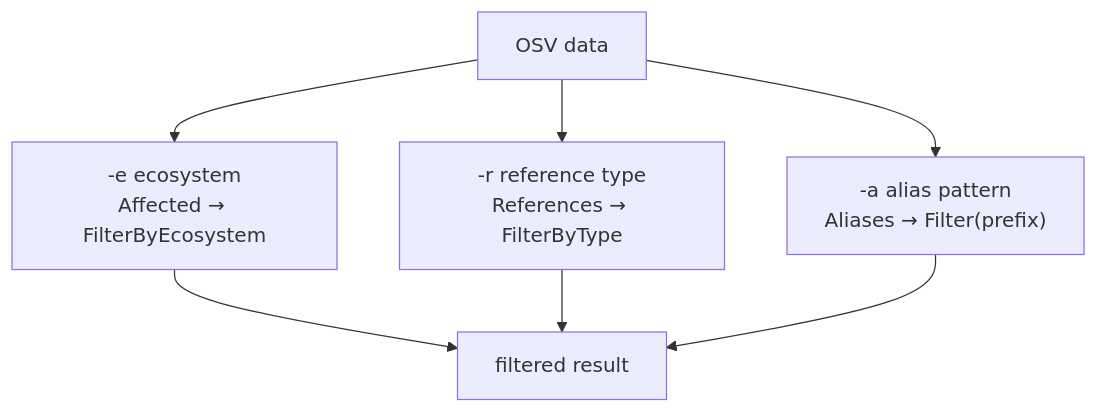
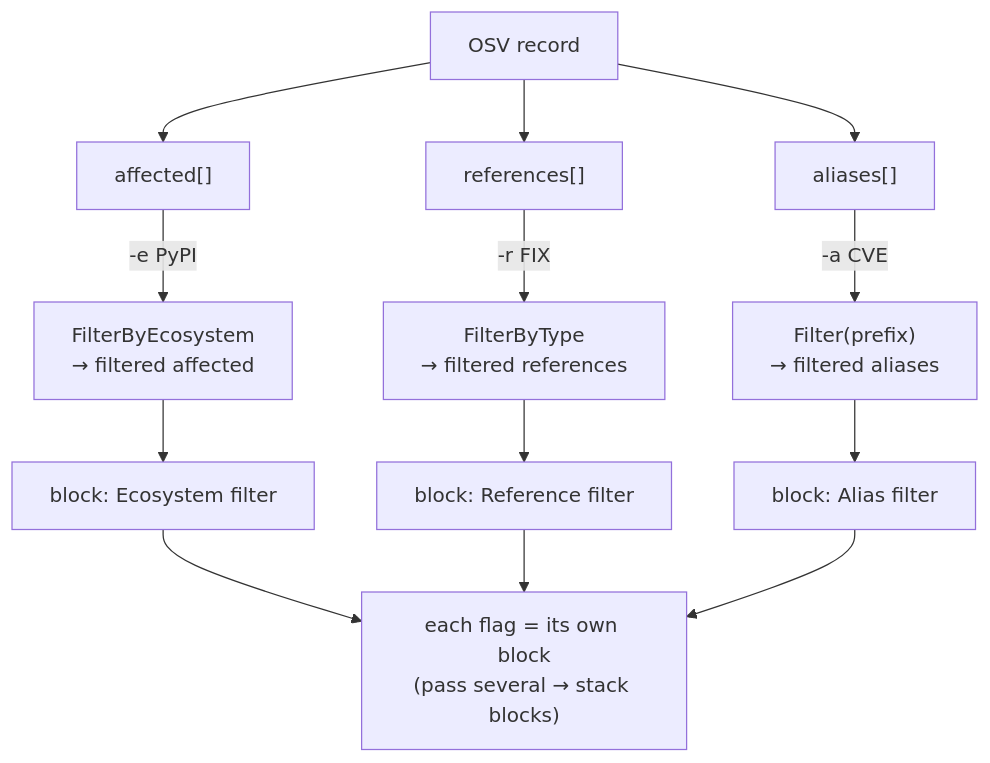
The first of 4 diagrams in website/guide/skills/filter.md (scagogogo/osv-schema-skills), drawn with Mermaid before and after one commit. The commit also changed other lines of this file and 11 other files, not shown here.

First line of the commit message:
docs(website): add more native mermaid diagrams to clarify key concepts (EN+ZH)

````diff
--- a/website/guide/skills/filter.md
+++ b/website/guide/skills/filter.md
@@ -62,9 +64,15 @@
 ```mermaid
 flowchart TD
-  DATA["OSV data"] --> E["-e ecosystem<br/>Affected → FilterByEcosystem"]
-  DATA --> R["-r reference type<br/>References → FilterByType"]
-  DATA --> A["-a alias pattern<br/>Aliases → Filter(prefix)"]
-  E --> OUT["filtered result"]
-  R --> OUT
-  A --> OUT
+  REC["OSV record"] --> AFF["affected[]"]
+  REC --> REF["references[]"]
+  REC --> ALI["aliases[]"]
+  AFF -->|"-e PyPI"| FE["FilterByEcosystem<br/>→ filtered affected"]
+  REF -->|"-r FIX"| FR["FilterByType<br/>→ filtered references"]
+  ALI -->|"-a CVE"| FA["Filter(prefix)<br/>→ filtered aliases"]
+  FE --> B1["block: Ecosystem filter"]
+  FR --> B2["block: Reference filter"]
+  FA --> B3["block: Alias filter"]
+  B1 --> OUT["each flag = its own block<br/>(pass several → stack blocks)"]
+  B2 --> OUT
+  B3 --> OUT
 ```
````
